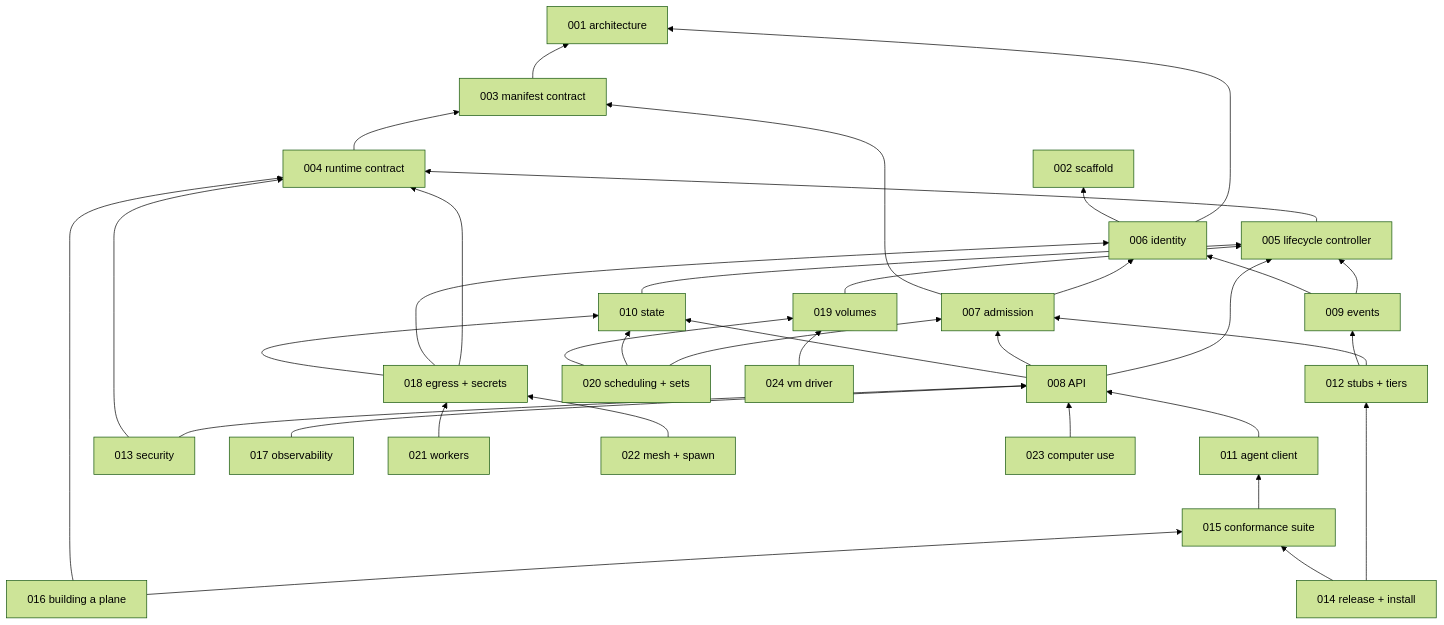
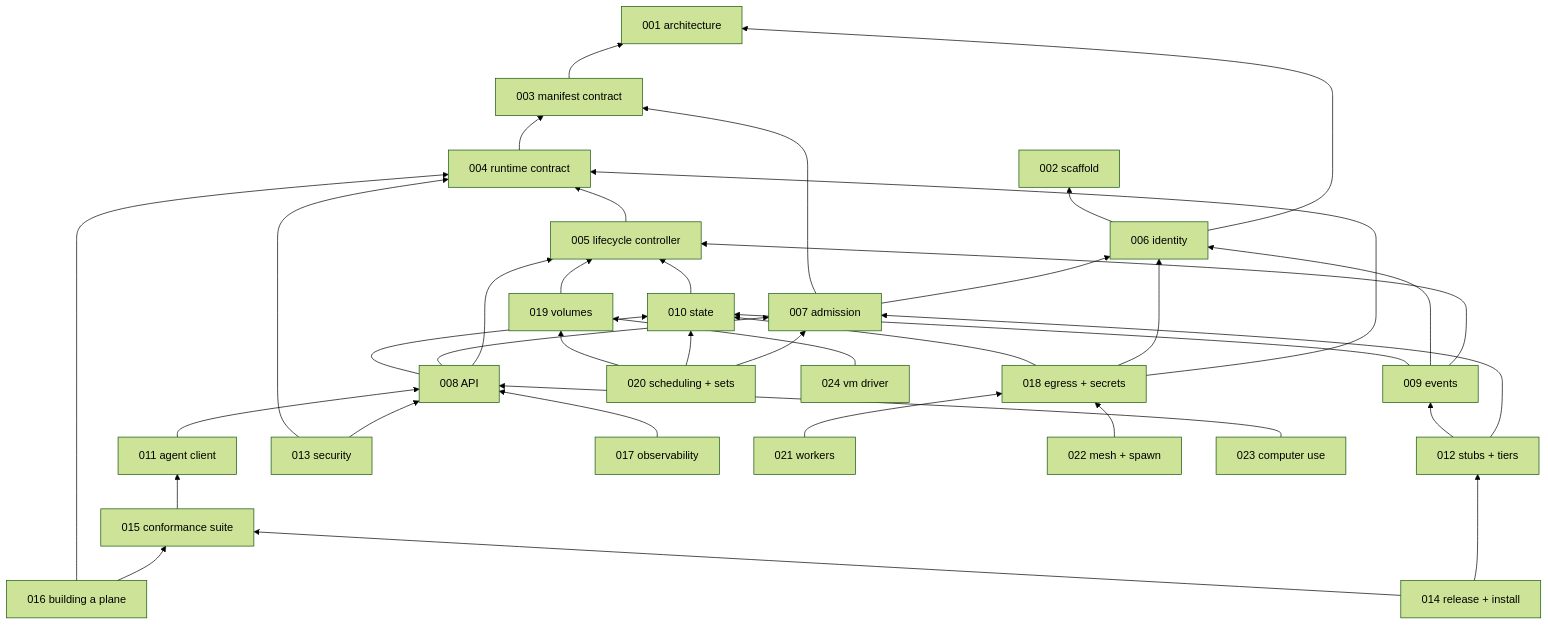
One commit to latere-ai/cella changed the second of 2 diagrams in specs/README.md. Above: the diagram before and after it, drawn with Mermaid (forest theme). The commit also changed other lines of this file and 5 other files, not shown here.

````diff
--- a/specs/README.md
+++ b/specs/README.md
@@ -82,62 +82,63 @@
 ```mermaid
 flowchart BT
   S001[001 architecture]
   S002[002 scaffold]
   S003[003 manifest contract]
   S004[004 runtime contract]
   S005[005 lifecycle controller]
   S006[006 identity]
   S007[007 admission]
   S008[008 API]
   S009[009 events]
   S010[010 state]
   S011[011 agent client]
   S012[012 stubs + tiers]
   S013[013 security]
   S014[014 release + install]
   S015[015 conformance suite]
   S016[016 building a plane]
   S017[017 observability]
   S018[018 egress + secrets]
   S019[019 volumes]
   S020[020 scheduling + sets]
   S021[021 workers]
   S022[022 mesh + spawn]
   S023[023 computer use]
   S024[024 vm driver]
   S003 --> S001
   S004 --> S003
   S005 --> S004
   S006 --> S001
   S006 --> S002
   S007 --> S006
   S007 --> S003
   S008 --> S005
   S008 --> S007
   S008 --> S010
   S009 --> S005
   S009 --> S006
+  S009 --> S010
   S010 --> S005
   S011 --> S008
   S012 --> S007
   S012 --> S009
   S013 --> S008
   S013 --> S004
   S014 --> S012
   S014 --> S015
   S015 --> S011
   S016 --> S015
   S016 --> S004
   S017 --> S008
   S018 --> S004
   S018 --> S006
   S018 --> S010
   S019 --> S005
   S020 --> S007
   S020 --> S010
   S020 --> S019
   S021 --> S018
   S022 --> S018
   S023 --> S008
   S024 --> S019
 ```
````
